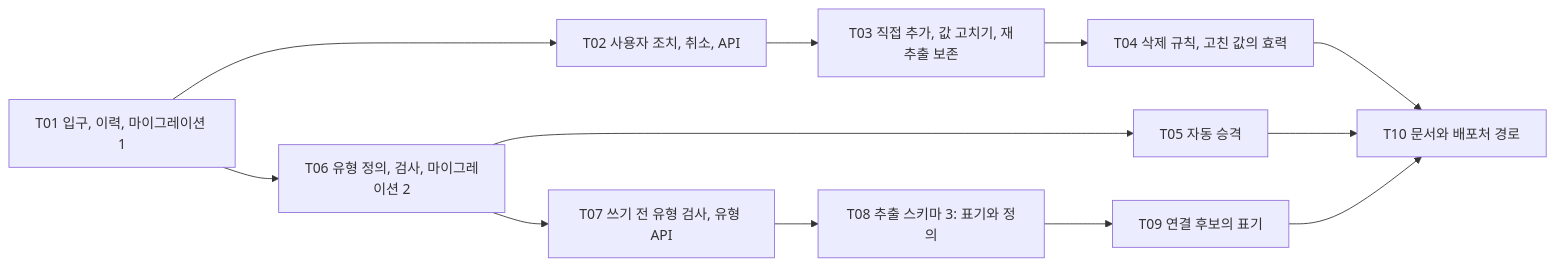
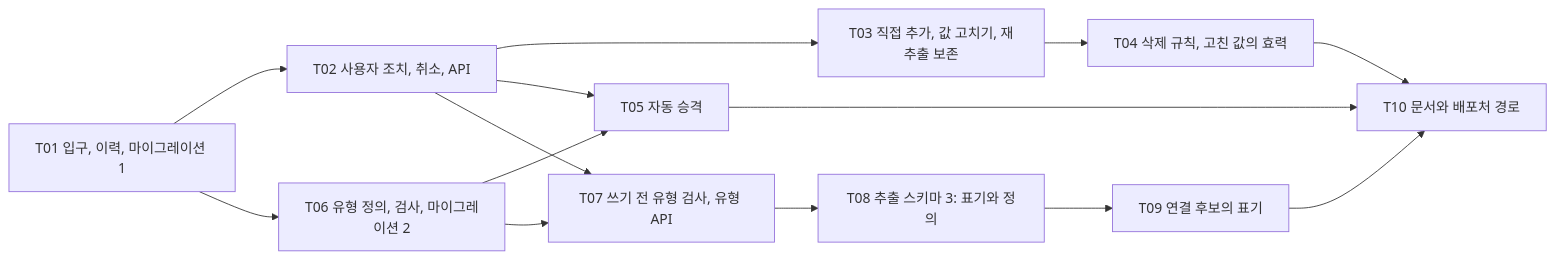
One commit to nohdol97/PKI changed the fourth of 4 diagrams in docs/specs/2026-11-22-S01-semantic-registry.md. Above: the diagram before and after it, drawn with Mermaid. The commit also changed other lines of this file, not shown here.

````diff
--- a/docs/specs/2026-11-22-S01-semantic-registry.md
+++ b/docs/specs/2026-11-22-S01-semantic-registry.md
@@ -474,14 +496,16 @@
 ```mermaid
 flowchart LR
   T01["T01 입구, 이력, 마이그레이션 1"] --> T02["T02 사용자 조치, 취소, API"]
   T01 --> T06["T06 유형 정의, 검사, 마이그레이션 2"]
   T02 --> T03["T03 직접 추가, 값 고치기, 재추출 보존"]
   T03 --> T04["T04 삭제 규칙, 고친 값의 효력"]
   T06 --> T05["T05 자동 승격"]
+  T02 --> T05
   T06 --> T07["T07 쓰기 전 유형 검사, 유형 API"]
+  T02 --> T07
   T07 --> T08["T08 추출 스키마 3: 표기와 정의"]
   T08 --> T09["T09 연결 후보의 표기"]
   T04 --> T10["T10 문서와 배포처 경로"]
   T05 --> T10
   T09 --> T10
 ```
````
